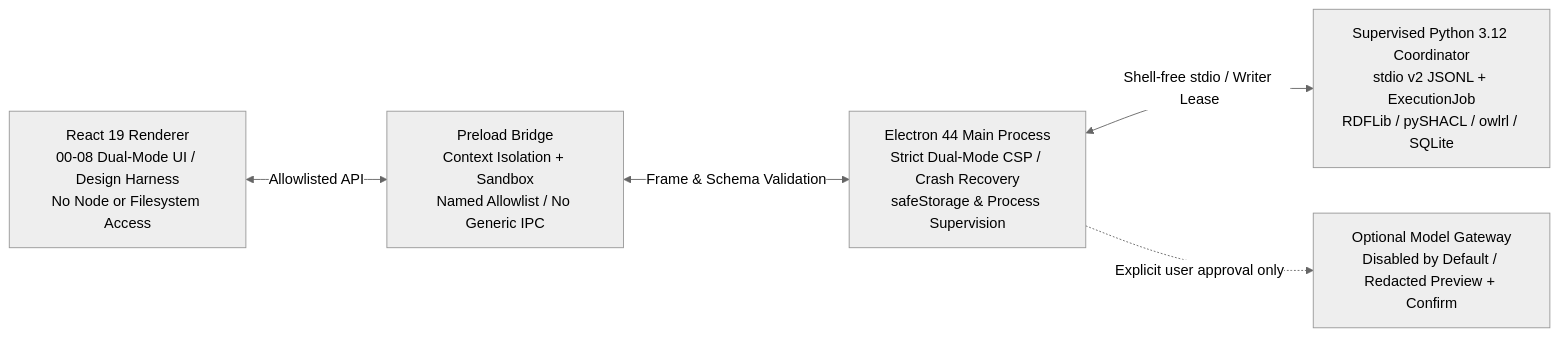
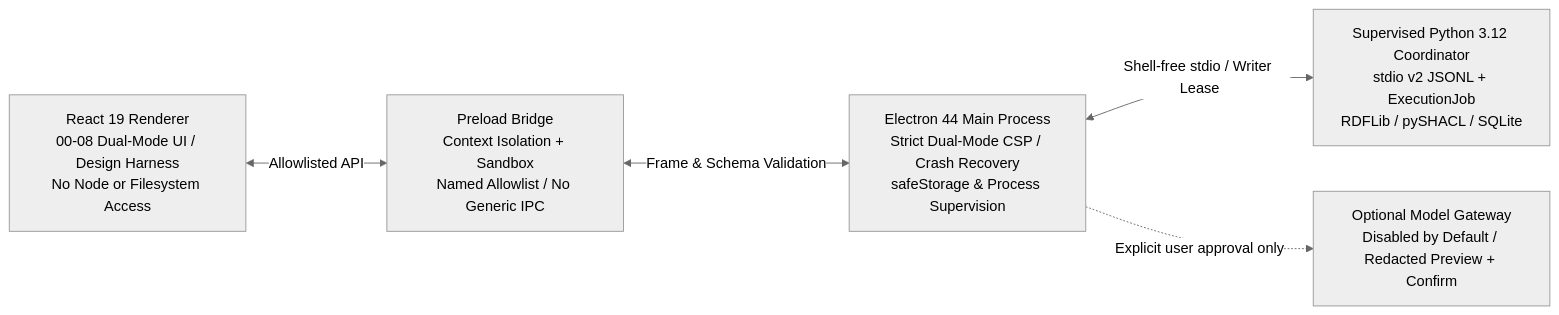
Before and after one commit to NOmoreJoke/OntoLearn-Studio: the diagram in README.en.md, drawn with Mermaid (neutral theme). The commit also changed other lines of this file and 2 other files, not shown here.

````diff
--- a/README.en.md
+++ b/README.en.md
@@ -73,13 +73,13 @@
 ```mermaid
 flowchart LR
   UI["React 19 Renderer<br/>00-08 Dual-Mode UI / Design Harness<br/>No Node or Filesystem Access"]
   PRE["Preload Bridge<br/>Context Isolation + Sandbox<br/>Named Allowlist / No Generic IPC"]
   MAIN["Electron 44 Main Process<br/>Strict Dual-Mode CSP / Crash Recovery<br/>safeStorage & Process Supervision"]
-  ENG["Supervised Python 3.12 Coordinator<br/>stdio v2 JSONL + ExecutionJob<br/>RDFLib / pySHACL / owlrl / SQLite"]
+  ENG["Supervised Python 3.12 Coordinator<br/>stdio v2 JSONL + ExecutionJob<br/>RDFLib / pySHACL / SQLite"]
   LLM["Optional Model Gateway<br/>Disabled by Default / Redacted Preview + Confirm"]
 
   UI <-->|"Allowlisted API"| PRE
   PRE <-->|"Frame & Schema Validation"| MAIN
   MAIN <-->|"Shell-free stdio / Writer Lease"| ENG
   MAIN -.->|"Explicit user approval only"| LLM
 ```
````
